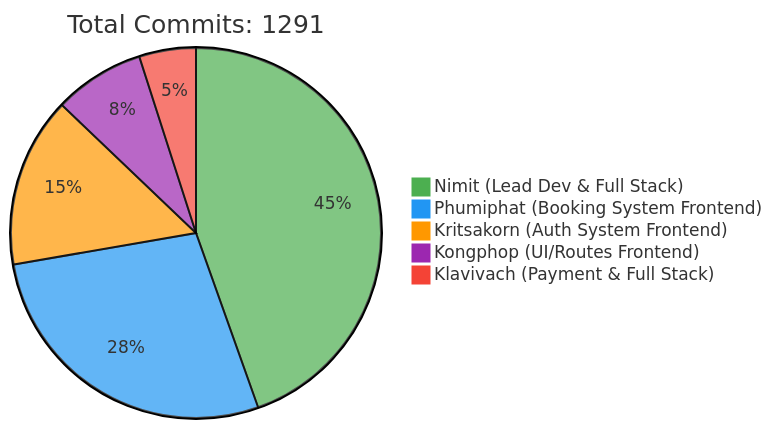
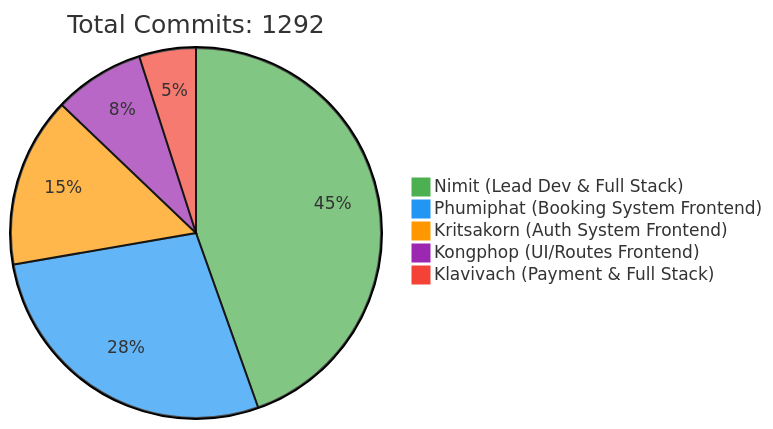
One commit to 6531503042/Sport-Complex changed the first of 2 diagrams in README.md. Above: the diagram before and after it, drawn with Mermaid. The commit also changed other lines of this file, not shown here.

Commit message:
docs: Update contributor statistics [skip ci]

````diff
--- a/README.md
+++ b/README.md
@@ -257,10 +257,10 @@
 ```mermaid
 %%{init: {'theme': 'base', 'themeVariables': { 'pie1': '#4CAF50', 'pie2': '#2196F3', 'pie3': '#FF9800', 'pie4': '#9C27B0', 'pie5': '#F44336'}}}%%
 pie
-    title Total Commits: 1291
+    title Total Commits: 1292
     "Nimit (Lead Dev & Full Stack)" : 450
     "Phumiphat (Booking System Frontend)" : 280
     "Kritsakorn (Auth System Frontend)" : 150
     "Kongphop (UI/Routes Frontend)" : 80
     "Klavivach (Payment & Full Stack)" : 50
 ```
````
